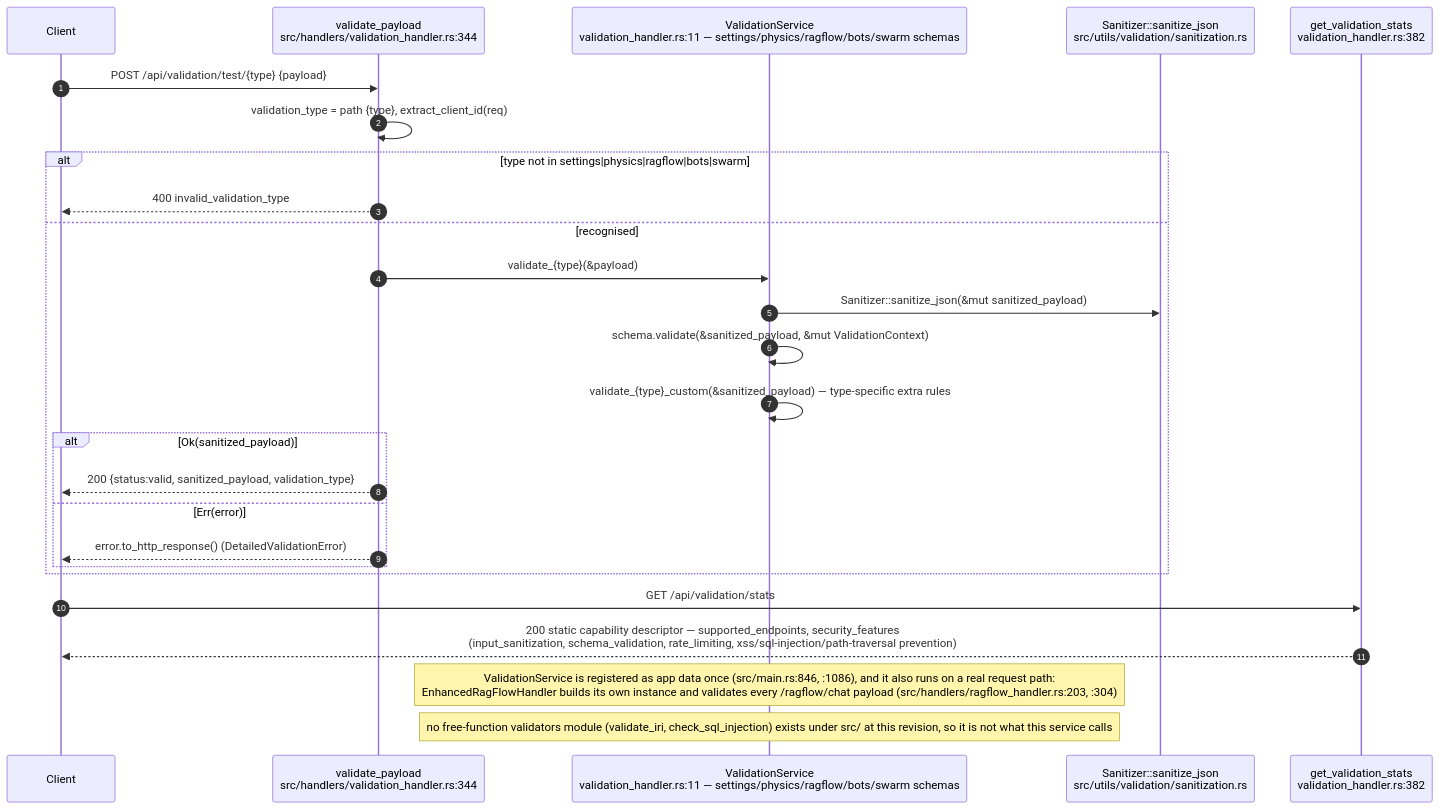
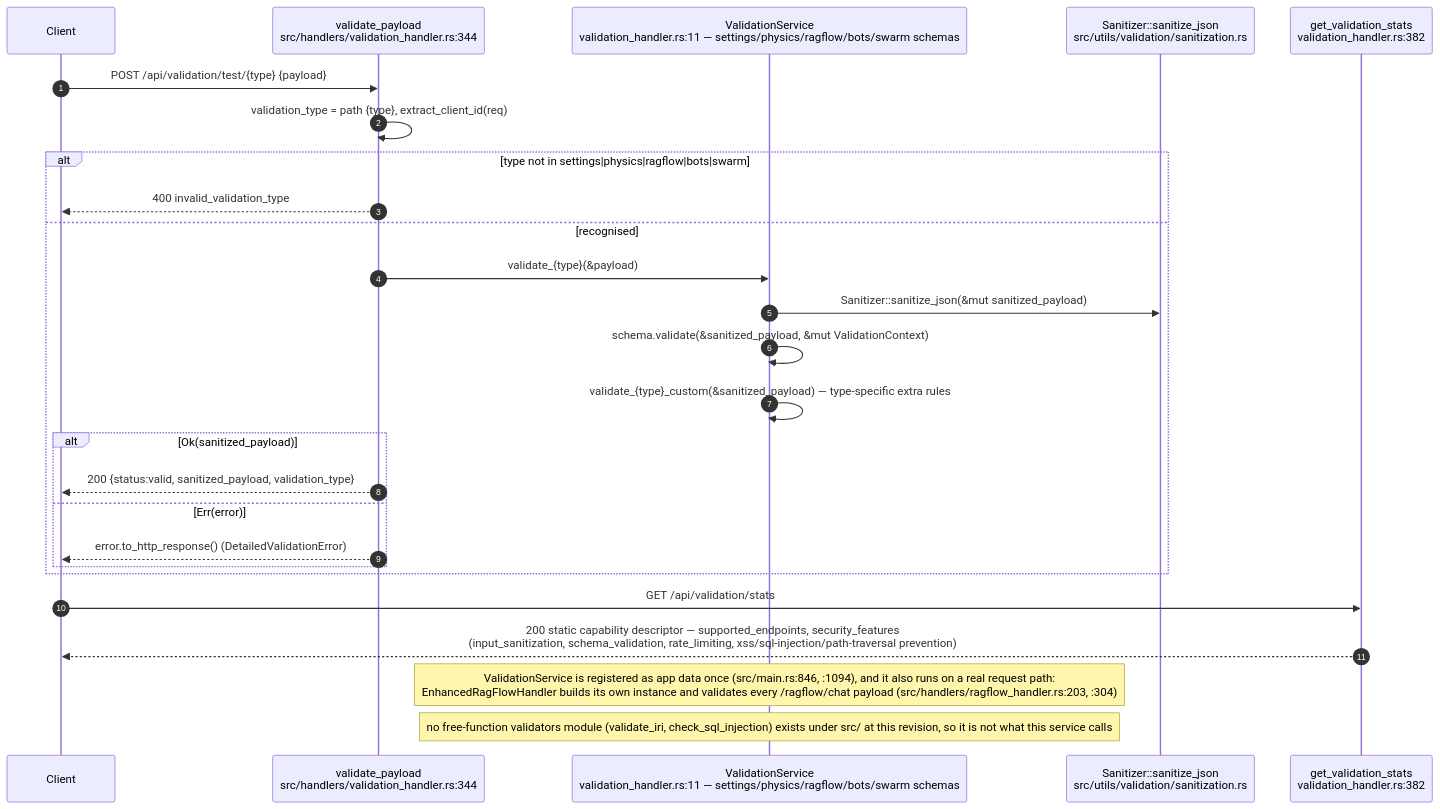
Before and after one commit to DreamLab-AI/VisionFlow: diagram 16 of 23 in docs/diagrams/visionclaw/04-handlers-graph-and-state.md, drawn with Mermaid. The commit also changed other lines of this file and 56 other files, not shown here.

First line of the commit message:
docs(diagrams): re-verify VisionClaw topics at ec785afa9, add VC-19/56/57 and the VisionClaw register

````diff
--- a/docs/diagrams/visionclaw/04-handlers-graph-and-state.md
+++ b/docs/diagrams/visionclaw/04-handlers-graph-and-state.md
@@ -852,29 +889,29 @@
 ```mermaid
 sequenceDiagram
     autonumber
     participant C as Client
     participant VP as validate_payload<br/>src/handlers/validation_handler.rs:344
     participant VS as ValidationService<br/>validation_handler.rs:11 — settings/physics/ragflow/bots/swarm schemas
     participant SAN as Sanitizer::sanitize_json<br/>src/utils/validation/sanitization.rs
     participant GS as get_validation_stats<br/>validation_handler.rs:382
 
     C->>VP: POST /api/validation/test/{type} {payload}
     VP->>VP: validation_type = path {type}, extract_client_id(req)
     alt type not in settings|physics|ragflow|bots|swarm
         VP-->>C: 400 invalid_validation_type
     else recognised
         VP->>VS: validate_{type}(&payload)
         VS->>SAN: Sanitizer::sanitize_json(&mut sanitized_payload)
         VS->>VS: schema.validate(&sanitized_payload, &mut ValidationContext)
         VS->>VS: validate_{type}_custom(&sanitized_payload) — type-specific extra rules
         alt Ok(sanitized_payload)
             VP-->>C: 200 {status:valid, sanitized_payload, validation_type}
         else Err(error)
             VP-->>C: error.to_http_response() (DetailedValidationError)
         end
     end
     C->>GS: GET /api/validation/stats
     GS-->>C: 200 static capability descriptor — supported_endpoints, security_features<br/>(input_sanitization, schema_validation, rate_limiting, xss/sql-injection/path-traversal prevention)
-    Note over VS: ValidationService is registered as app data once (src/main.rs:846, :1086), and it also runs on a real request path:<br/>EnhancedRagFlowHandler builds its own instance and validates every /ragflow/chat payload (src/handlers/ragflow_handler.rs:203, :304)
+    Note over VS: ValidationService is registered as app data once (src/main.rs:846, :1094), and it also runs on a real request path:<br/>EnhancedRagFlowHandler builds its own instance and validates every /ragflow/chat payload (src/handlers/ragflow_handler.rs:203, :304)
     Note over VS: no free-function validators module (validate_iri, check_sql_injection) exists under src/ at this revision, so it is not what this service calls
 ```
````
